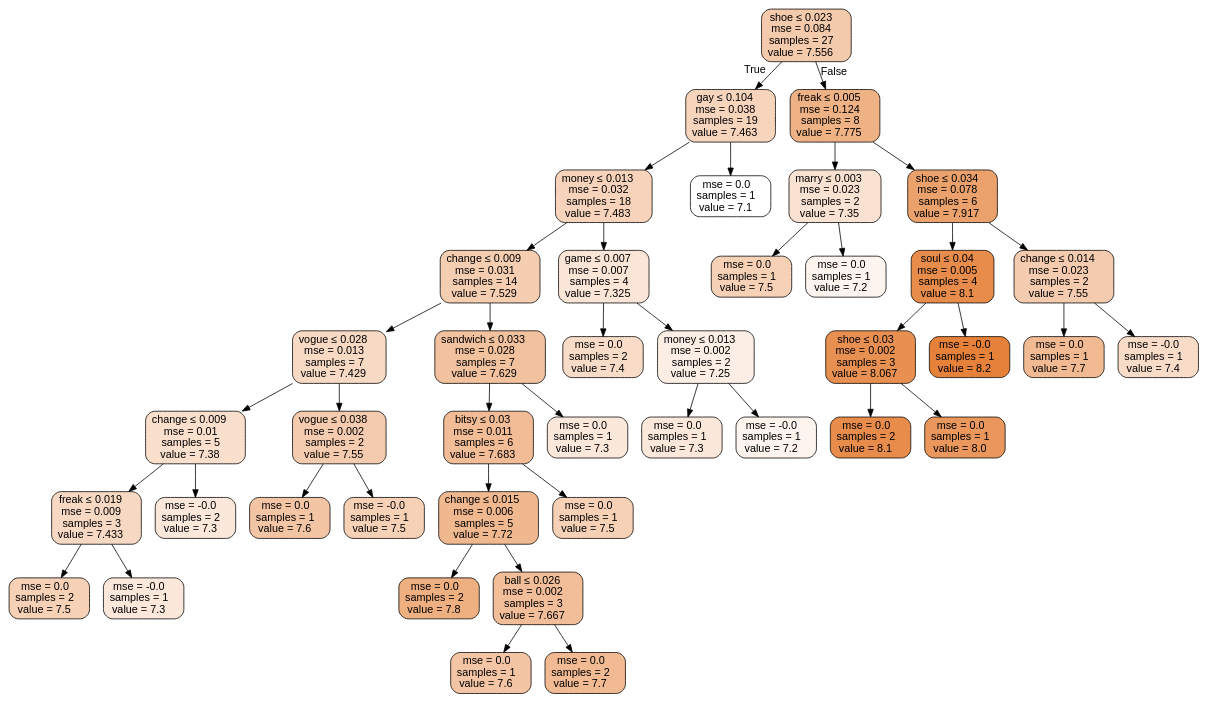
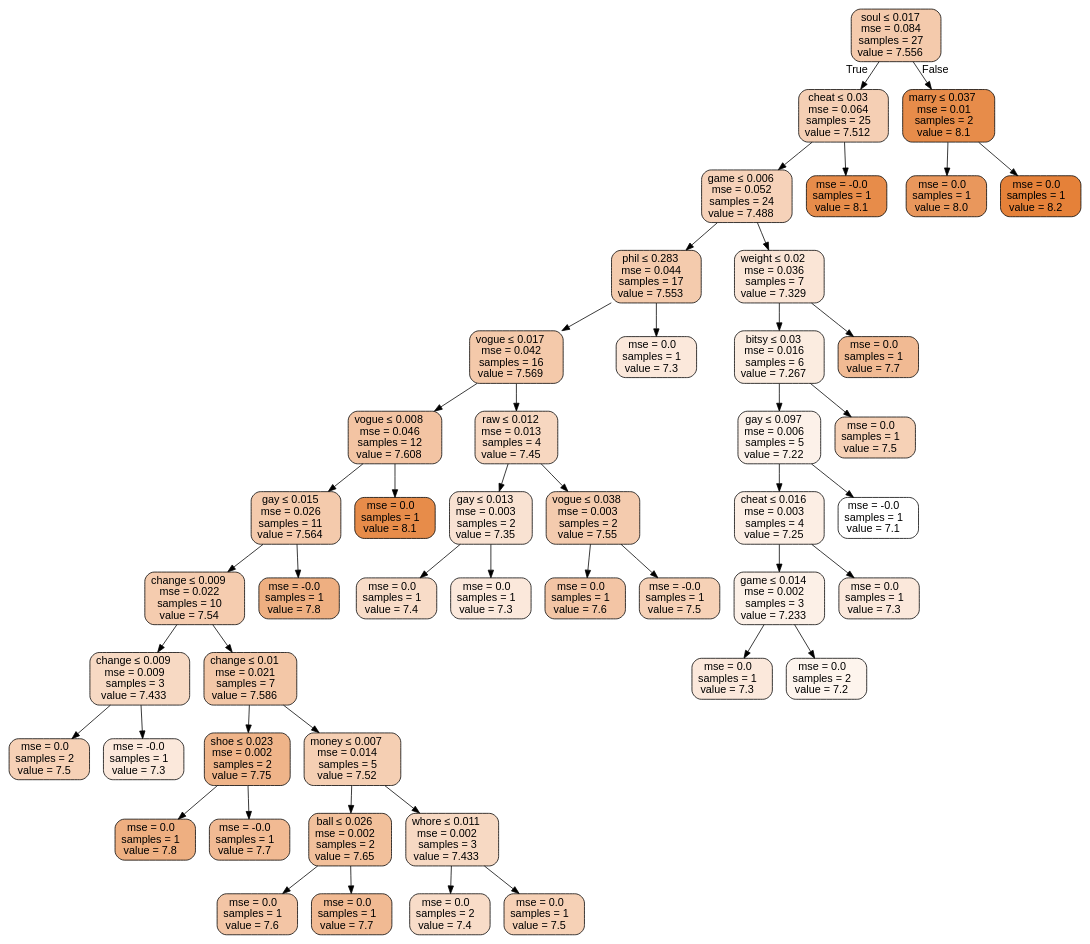
Before and after one commit to ranilovi/SATC_rating_prediction: the diagram in boston_tree.dot, drawn with Graphviz. The commit also changed 3 other files, not shown here.

```diff
--- a/boston_tree.dot
+++ b/boston_tree.dot
@@ -1,85 +1,97 @@
 digraph Tree {
 node [shape=box, style="filled, rounded", color="black", fontname=helvetica] ;
 edge [fontname=helvetica] ;
-0 [label=<shoe &le; 0.023<br/>mse = 0.084<br/>samples = 27<br/>value = 7.556>, fillcolor="#e581396a"] ;
-1 [label=<gay &le; 0.104<br/>mse = 0.038<br/>samples = 19<br/>value = 7.463>, fillcolor="#e5813954"] ;
+0 [label=<soul &le; 0.017<br/>mse = 0.084<br/>samples = 27<br/>value = 7.556>, fillcolor="#e581396a"] ;
+1 [label=<cheat &le; 0.03<br/>mse = 0.064<br/>samples = 25<br/>value = 7.512>, fillcolor="#e5813960"] ;
 0 -> 1 [labeldistance=2.5, labelangle=45, headlabel="True"] ;
-2 [label=<money &le; 0.013<br/>mse = 0.032<br/>samples = 18<br/>value = 7.483>, fillcolor="#e5813959"] ;
+2 [label=<game &le; 0.006<br/>mse = 0.052<br/>samples = 24<br/>value = 7.488>, fillcolor="#e581395a"] ;
 1 -> 2 ;
-3 [label=<change &le; 0.009<br/>mse = 0.031<br/>samples = 14<br/>value = 7.529>, fillcolor="#e5813963"] ;
+3 [label=<phil &le; 0.283<br/>mse = 0.044<br/>samples = 17<br/>value = 7.553>, fillcolor="#e5813969"] ;
 2 -> 3 ;
-4 [label=<vogue &le; 0.028<br/>mse = 0.013<br/>samples = 7<br/>value = 7.429>, fillcolor="#e581394c"] ;
+4 [label=<vogue &le; 0.017<br/>mse = 0.042<br/>samples = 16<br/>value = 7.569>, fillcolor="#e581396d"] ;
 3 -> 4 ;
-5 [label=<change &le; 0.009<br/>mse = 0.01<br/>samples = 5<br/>value = 7.38>, fillcolor="#e5813941"] ;
+5 [label=<vogue &le; 0.008<br/>mse = 0.046<br/>samples = 12<br/>value = 7.608>, fillcolor="#e5813976"] ;
 4 -> 5 ;
-6 [label=<freak &le; 0.019<br/>mse = 0.009<br/>samples = 3<br/>value = 7.433>, fillcolor="#e581394d"] ;
+6 [label=<gay &le; 0.015<br/>mse = 0.026<br/>samples = 11<br/>value = 7.564>, fillcolor="#e581396b"] ;
 5 -> 6 ;
-7 [label=<mse = 0.0<br/>samples = 2<br/>value = 7.5>, fillcolor="#e581395d"] ;
+7 [label=<change &le; 0.009<br/>mse = 0.022<br/>samples = 10<br/>value = 7.54>, fillcolor="#e5813966"] ;
 6 -> 7 ;
-8 [label=<mse = -0.0<br/>samples = 1<br/>value = 7.3>, fillcolor="#e581392e"] ;
-6 -> 8 ;
-9 [label=<mse = -0.0<br/>samples = 2<br/>value = 7.3>, fillcolor="#e581392e"] ;
-5 -> 9 ;
-10 [label=<vogue &le; 0.038<br/>mse = 0.002<br/>samples = 2<br/>value = 7.55>, fillcolor="#e5813968"] ;
-4 -> 10 ;
-11 [label=<mse = 0.0<br/>samples = 1<br/>value = 7.6>, fillcolor="#e5813974"] ;
-10 -> 11 ;
-12 [label=<mse = -0.0<br/>samples = 1<br/>value = 7.5>, fillcolor="#e581395d"] ;
-10 -> 12 ;
-13 [label=<sandwich &le; 0.033<br/>mse = 0.028<br/>samples = 7<br/>value = 7.629>, fillcolor="#e581397b"] ;
-3 -> 13 ;
-14 [label=<bitsy &le; 0.03<br/>mse = 0.011<br/>samples = 6<br/>value = 7.683>, fillcolor="#e5813987"] ;
-13 -> 14 ;
-15 [label=<change &le; 0.015<br/>mse = 0.006<br/>samples = 5<br/>value = 7.72>, fillcolor="#e5813990"] ;
-14 -> 15 ;
-16 [label=<mse = 0.0<br/>samples = 2<br/>value = 7.8>, fillcolor="#e58139a2"] ;
+8 [label=<change &le; 0.009<br/>mse = 0.009<br/>samples = 3<br/>value = 7.433>, fillcolor="#e581394d"] ;
+7 -> 8 ;
+9 [label=<mse = 0.0<br/>samples = 2<br/>value = 7.5>, fillcolor="#e581395d"] ;
+8 -> 9 ;
+10 [label=<mse = -0.0<br/>samples = 1<br/>value = 7.3>, fillcolor="#e581392e"] ;
+8 -> 10 ;
+11 [label=<change &le; 0.01<br/>mse = 0.021<br/>samples = 7<br/>value = 7.586>, fillcolor="#e5813971"] ;
+7 -> 11 ;
+12 [label=<shoe &le; 0.023<br/>mse = 0.002<br/>samples = 2<br/>value = 7.75>, fillcolor="#e5813997"] ;
+11 -> 12 ;
+13 [label=<mse = 0.0<br/>samples = 1<br/>value = 7.8>, fillcolor="#e58139a2"] ;
+12 -> 13 ;
+14 [label=<mse = -0.0<br/>samples = 1<br/>value = 7.7>, fillcolor="#e581398b"] ;
+12 -> 14 ;
+15 [label=<money &le; 0.007<br/>mse = 0.014<br/>samples = 5<br/>value = 7.52>, fillcolor="#e5813961"] ;
+11 -> 15 ;
+16 [label=<ball &le; 0.026<br/>mse = 0.002<br/>samples = 2<br/>value = 7.65>, fillcolor="#e5813980"] ;
 15 -> 16 ;
-17 [label=<ball &le; 0.026<br/>mse = 0.002<br/>samples = 3<br/>value = 7.667>, fillcolor="#e5813983"] ;
-15 -> 17 ;
-18 [label=<mse = 0.0<br/>samples = 1<br/>value = 7.6>, fillcolor="#e5813974"] ;
-17 -> 18 ;
-19 [label=<mse = 0.0<br/>samples = 2<br/>value = 7.7>, fillcolor="#e581398b"] ;
-17 -> 19 ;
-20 [label=<mse = 0.0<br/>samples = 1<br/>value = 7.5>, fillcolor="#e581395d"] ;
-14 -> 20 ;
-21 [label=<mse = 0.0<br/>samples = 1<br/>value = 7.3>, fillcolor="#e581392e"] ;
-13 -> 21 ;
-22 [label=<game &le; 0.007<br/>mse = 0.007<br/>samples = 4<br/>value = 7.325>, fillcolor="#e5813934"] ;
-2 -> 22 ;
-23 [label=<mse = 0.0<br/>samples = 2<br/>value = 7.4>, fillcolor="#e5813946"] ;
-22 -> 23 ;
-24 [label=<money &le; 0.013<br/>mse = 0.002<br/>samples = 2<br/>value = 7.25>, fillcolor="#e5813923"] ;
-22 -> 24 ;
-25 [label=<mse = 0.0<br/>samples = 1<br/>value = 7.3>, fillcolor="#e581392e"] ;
+17 [label=<mse = 0.0<br/>samples = 1<br/>value = 7.6>, fillcolor="#e5813974"] ;
+16 -> 17 ;
+18 [label=<mse = 0.0<br/>samples = 1<br/>value = 7.7>, fillcolor="#e581398b"] ;
+16 -> 18 ;
+19 [label=<whore &le; 0.011<br/>mse = 0.002<br/>samples = 3<br/>value = 7.433>, fillcolor="#e581394d"] ;
+15 -> 19 ;
+20 [label=<mse = 0.0<br/>samples = 2<br/>value = 7.4>, fillcolor="#e5813946"] ;
+19 -> 20 ;
+21 [label=<mse = 0.0<br/>samples = 1<br/>value = 7.5>, fillcolor="#e581395d"] ;
+19 -> 21 ;
+22 [label=<mse = -0.0<br/>samples = 1<br/>value = 7.8>, fillcolor="#e58139a2"] ;
+6 -> 22 ;
+23 [label=<mse = 0.0<br/>samples = 1<br/>value = 8.1>, fillcolor="#e58139e8"] ;
+5 -> 23 ;
+24 [label=<raw &le; 0.012<br/>mse = 0.013<br/>samples = 4<br/>value = 7.45>, fillcolor="#e5813951"] ;
+4 -> 24 ;
+25 [label=<gay &le; 0.013<br/>mse = 0.003<br/>samples = 2<br/>value = 7.35>, fillcolor="#e581393a"] ;
 24 -> 25 ;
-26 [label=<mse = -0.0<br/>samples = 1<br/>value = 7.2>, fillcolor="#e5813917"] ;
-24 -> 26 ;
-27 [label=<mse = 0.0<br/>samples = 1<br/>value = 7.1>, fillcolor="#e5813900"] ;
-1 -> 27 ;
-28 [label=<freak &le; 0.005<br/>mse = 0.124<br/>samples = 8<br/>value = 7.775>, fillcolor="#e581399c"] ;
-0 -> 28 [labeldistance=2.5, labelangle=-45, headlabel="False"] ;
-29 [label=<marry &le; 0.003<br/>mse = 0.023<br/>samples = 2<br/>value = 7.35>, fillcolor="#e581393a"] ;
+26 [label=<mse = 0.0<br/>samples = 1<br/>value = 7.4>, fillcolor="#e5813946"] ;
+25 -> 26 ;
+27 [label=<mse = 0.0<br/>samples = 1<br/>value = 7.3>, fillcolor="#e581392e"] ;
+25 -> 27 ;
+28 [label=<vogue &le; 0.038<br/>mse = 0.003<br/>samples = 2<br/>value = 7.55>, fillcolor="#e5813968"] ;
+24 -> 28 ;
+29 [label=<mse = 0.0<br/>samples = 1<br/>value = 7.6>, fillcolor="#e5813974"] ;
 28 -> 29 ;
-30 [label=<mse = 0.0<br/>samples = 1<br/>value = 7.5>, fillcolor="#e581395d"] ;
-29 -> 30 ;
-31 [label=<mse = 0.0<br/>samples = 1<br/>value = 7.2>, fillcolor="#e5813917"] ;
-29 -> 31 ;
-32 [label=<shoe &le; 0.034<br/>mse = 0.078<br/>samples = 6<br/>value = 7.917>, fillcolor="#e58139bd"] ;
-28 -> 32 ;
-33 [label=<soul &le; 0.04<br/>mse = 0.005<br/>samples = 4<br/>value = 8.1>, fillcolor="#e58139e8"] ;
+30 [label=<mse = -0.0<br/>samples = 1<br/>value = 7.5>, fillcolor="#e581395d"] ;
+28 -> 30 ;
+31 [label=<mse = 0.0<br/>samples = 1<br/>value = 7.3>, fillcolor="#e581392e"] ;
+3 -> 31 ;
+32 [label=<weight &le; 0.02<br/>mse = 0.036<br/>samples = 7<br/>value = 7.329>, fillcolor="#e5813935"] ;
+2 -> 32 ;
+33 [label=<bitsy &le; 0.03<br/>mse = 0.016<br/>samples = 6<br/>value = 7.267>, fillcolor="#e5813927"] ;
 32 -> 33 ;
-34 [label=<shoe &le; 0.03<br/>mse = 0.002<br/>samples = 3<br/>value = 8.067>, fillcolor="#e58139e0"] ;
+34 [label=<gay &le; 0.097<br/>mse = 0.006<br/>samples = 5<br/>value = 7.22>, fillcolor="#e581391c"] ;
 33 -> 34 ;
-35 [label=<mse = 0.0<br/>samples = 2<br/>value = 8.1>, fillcolor="#e58139e8"] ;
+35 [label=<cheat &le; 0.016<br/>mse = 0.003<br/>samples = 4<br/>value = 7.25>, fillcolor="#e5813923"] ;
 34 -> 35 ;
-36 [label=<mse = 0.0<br/>samples = 1<br/>value = 8.0>, fillcolor="#e58139d1"] ;
-34 -> 36 ;
-37 [label=<mse = -0.0<br/>samples = 1<br/>value = 8.2>, fillcolor="#e58139ff"] ;
-33 -> 37 ;
-38 [label=<change &le; 0.014<br/>mse = 0.023<br/>samples = 2<br/>value = 7.55>, fillcolor="#e5813968"] ;
-32 -> 38 ;
-39 [label=<mse = 0.0<br/>samples = 1<br/>value = 7.7>, fillcolor="#e581398b"] ;
-38 -> 39 ;
-40 [label=<mse = -0.0<br/>samples = 1<br/>value = 7.4>, fillcolor="#e5813946"] ;
-38 -> 40 ;
+36 [label=<game &le; 0.014<br/>mse = 0.002<br/>samples = 3<br/>value = 7.233>, fillcolor="#e581391f"] ;
+35 -> 36 ;
+37 [label=<mse = 0.0<br/>samples = 1<br/>value = 7.3>, fillcolor="#e581392e"] ;
+36 -> 37 ;
+38 [label=<mse = 0.0<br/>samples = 2<br/>value = 7.2>, fillcolor="#e5813917"] ;
+36 -> 38 ;
+39 [label=<mse = 0.0<br/>samples = 1<br/>value = 7.3>, fillcolor="#e581392e"] ;
+35 -> 39 ;
+40 [label=<mse = -0.0<br/>samples = 1<br/>value = 7.1>, fillcolor="#e5813900"] ;
+34 -> 40 ;
+41 [label=<mse = 0.0<br/>samples = 1<br/>value = 7.5>, fillcolor="#e581395d"] ;
+33 -> 41 ;
+42 [label=<mse = 0.0<br/>samples = 1<br/>value = 7.7>, fillcolor="#e581398b"] ;
+32 -> 42 ;
+43 [label=<mse = -0.0<br/>samples = 1<br/>value = 8.1>, fillcolor="#e58139e8"] ;
+1 -> 43 ;
+44 [label=<marry &le; 0.037<br/>mse = 0.01<br/>samples = 2<br/>value = 8.1>, fillcolor="#e58139e8"] ;
+0 -> 44 [labeldistance=2.5, labelangle=-45, headlabel="False"] ;
+45 [label=<mse = 0.0<br/>samples = 1<br/>value = 8.0>, fillcolor="#e58139d1"] ;
+44 -> 45 ;
+46 [label=<mse = 0.0<br/>samples = 1<br/>value = 8.2>, fillcolor="#e58139ff"] ;
+44 -> 46 ;
 }
```
